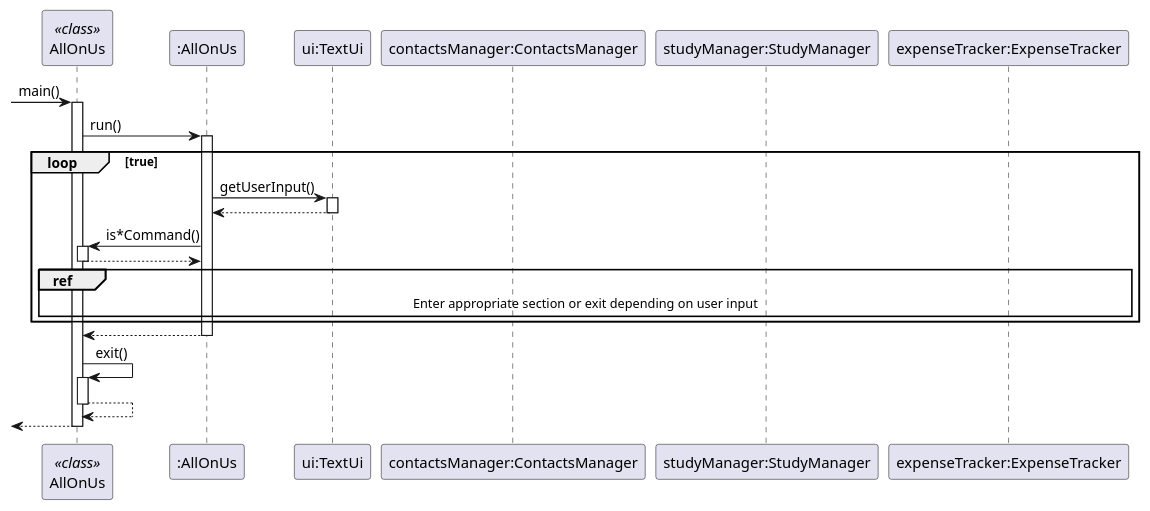
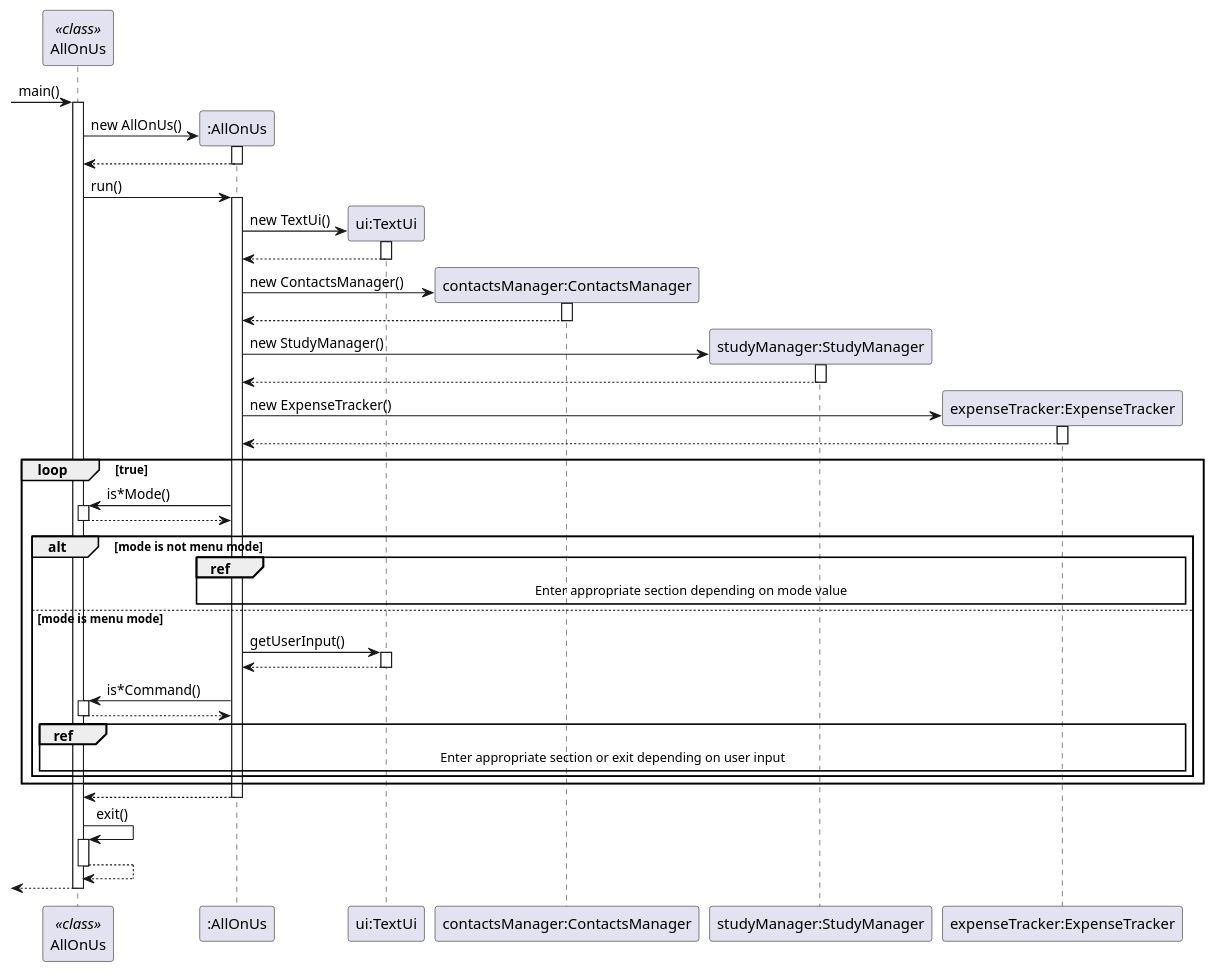
Before and after one commit to nus-cs2113-AY2122S2/tp: the diagram in docs/diagrams/MenuFeaturesSequenceDiagram.puml, drawn with PlantUML. The commit also changed 11 other files, not shown here.

```diff
--- a/docs/diagrams/MenuFeaturesSequenceDiagram.puml
+++ b/docs/diagrams/MenuFeaturesSequenceDiagram.puml
@@ -1,31 +1,56 @@
 @startuml
 'https://plantuml.com/sequence-diagram
 
 participant "AllOnUs" <<class>>
 participant ":AllOnUs"
 participant "ui:TextUi"
 participant "contactsManager:ContactsManager"
 participant "studyManager:StudyManager"
 participant "expenseTracker:ExpenseTracker"
 
 
 -> "AllOnUs"++ : main()
+"AllOnUs" -> ":AllOnUs" **: new AllOnUs()
+activate ":AllOnUs"
+":AllOnUs" --> "AllOnUs"--
+
 "AllOnUs" -> ":AllOnUs"++: run()
 
+":AllOnUs" -> "ui:TextUi" **: new TextUi()
+activate "ui:TextUi"
+"ui:TextUi" --> ":AllOnUs"--
+
+":AllOnUs" -> "contactsManager:ContactsManager" **: new ContactsManager()
+activate "contactsManager:ContactsManager"
+"contactsManager:ContactsManager" --> ":AllOnUs"--
+
+":AllOnUs" -> "studyManager:StudyManager" **: new StudyManager()
+activate "studyManager:StudyManager"
+"studyManager:StudyManager" --> ":AllOnUs"--
+
+":AllOnUs" -> "expenseTracker:ExpenseTracker" **: new ExpenseTracker()
+activate "expenseTracker:ExpenseTracker"
+"expenseTracker:ExpenseTracker" --> ":AllOnUs"--
+
 loop true
-    ":AllOnUs" -> "ui:TextUi"++ : getUserInput()
-    "ui:TextUi" --> ":AllOnUs" -- :
-    ":AllOnUs" -> "AllOnUs"++ : is*Command()
+    ":AllOnUs" -> "AllOnUs"++ : is*Mode()
     "AllOnUs" --> ":AllOnUs"--
-    ref over "contactsManager:ContactsManager", "studyManager:StudyManager", "expenseTracker:ExpenseTracker","AllOnUs",":AllOnUs": Enter appropriate section or exit depending on user input
-
+    alt mode is not menu mode
+        ref over "contactsManager:ContactsManager", "studyManager:StudyManager", "expenseTracker:ExpenseTracker",":AllOnUs": Enter appropriate section depending on mode value
+    else mode is menu mode
+        ":AllOnUs" -> "ui:TextUi"++ : getUserInput()
+        "ui:TextUi" --> ":AllOnUs" -- :
+        ":AllOnUs" -> "AllOnUs"++ : is*Command()
+        "AllOnUs" --> ":AllOnUs"--
+        ref over "contactsManager:ContactsManager", "studyManager:StudyManager", "expenseTracker:ExpenseTracker","AllOnUs",":AllOnUs": Enter appropriate section or exit depending on user input
+    end
 end
 ":AllOnUs" --> "AllOnUs"--
 "AllOnUs" -> "AllOnUs"++ : exit()
 "AllOnUs" --> "AllOnUs" --:
 <--"AllOnUs" --:
 
 
 deactivate "AllOnUs"
 
 @enduml
```
